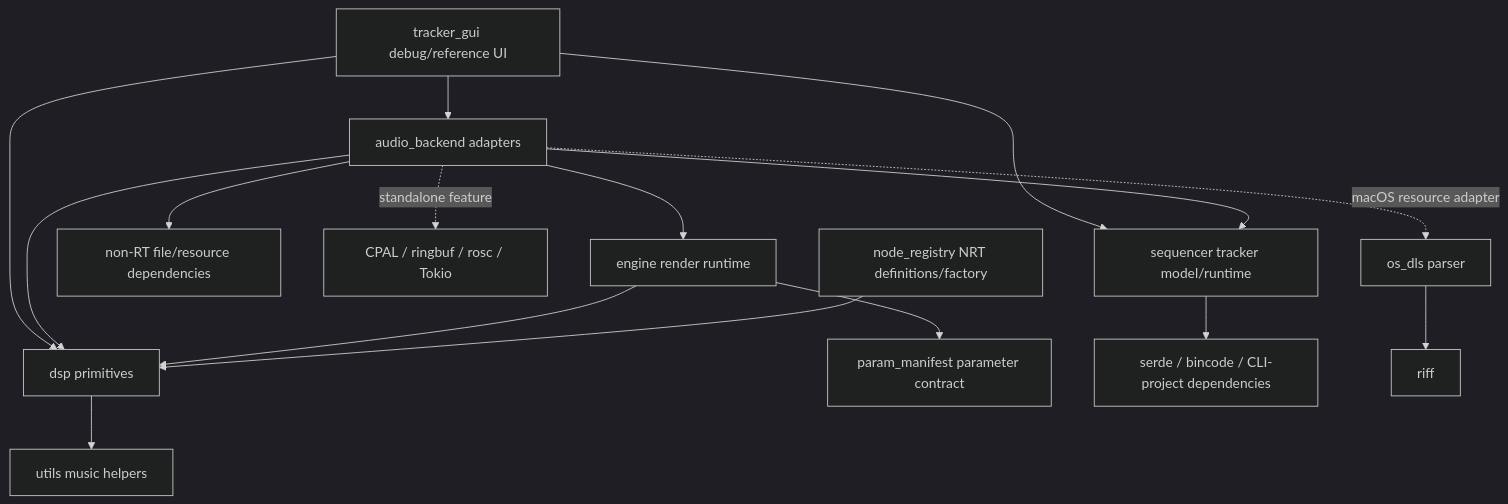
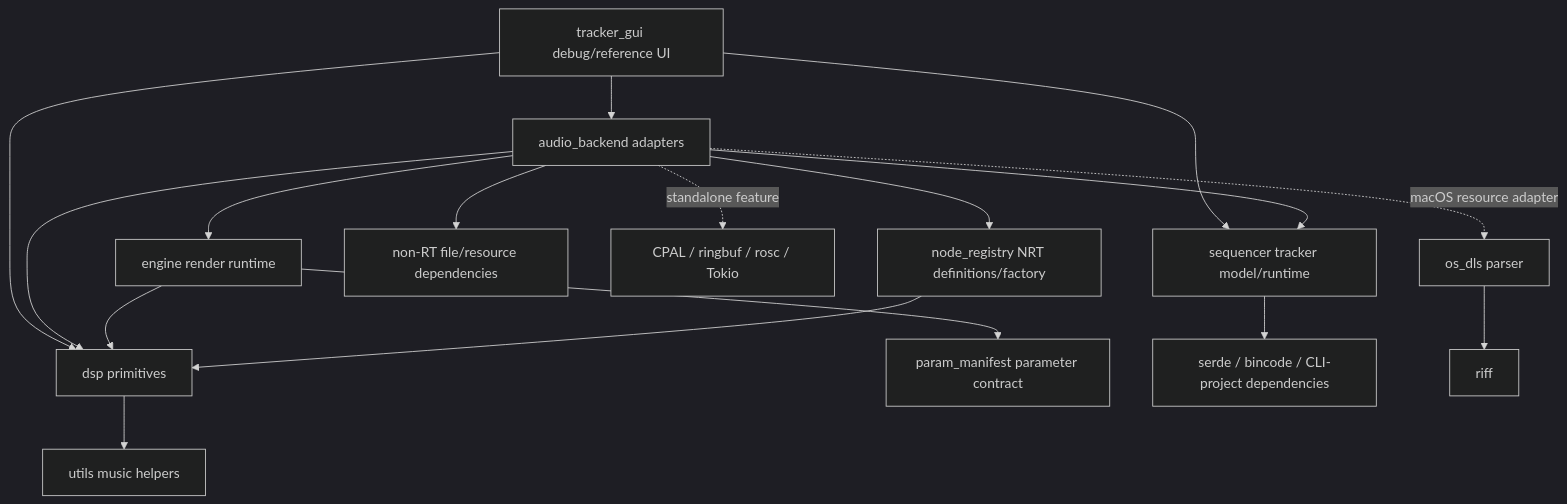
Before and after one commit to jpalvarezl/blight-synth: the diagram in docs/architecture/crate-dependency-graph.md, drawn with Mermaid (dark theme). The commit also changed other lines of this file and 6 other files, not shown here.

````diff
--- a/docs/architecture/crate-dependency-graph.md
+++ b/docs/architecture/crate-dependency-graph.md
@@ -11,20 +11,21 @@
 ```mermaid
 flowchart TD
     GUI[tracker_gui debug/reference UI] --> AB[audio_backend adapters]
     GUI --> SEQ[sequencer tracker model/runtime]
     GUI --> DSP[dsp primitives]
 
     AB --> ENG[engine render runtime]
     AB --> SEQ
     AB --> DSP
+    AB --> REG
     AB --> IO[non-RT file/resource dependencies]
     AB -. standalone feature .-> HOST[CPAL / ringbuf / rosc / Tokio]
 
     ENG --> DSP
     ENG --> PARAM[param_manifest parameter contract]
     REG[node_registry NRT definitions/factory] --> DSP
     DSP --> UTILS[utils music helpers]
     SEQ --> MODEL[serde / bincode / CLI-project dependencies]
     OSDLS[os_dls parser] --> RIFF[riff]
     AB -. macOS resource adapter .-> OSDLS
 ```
````
